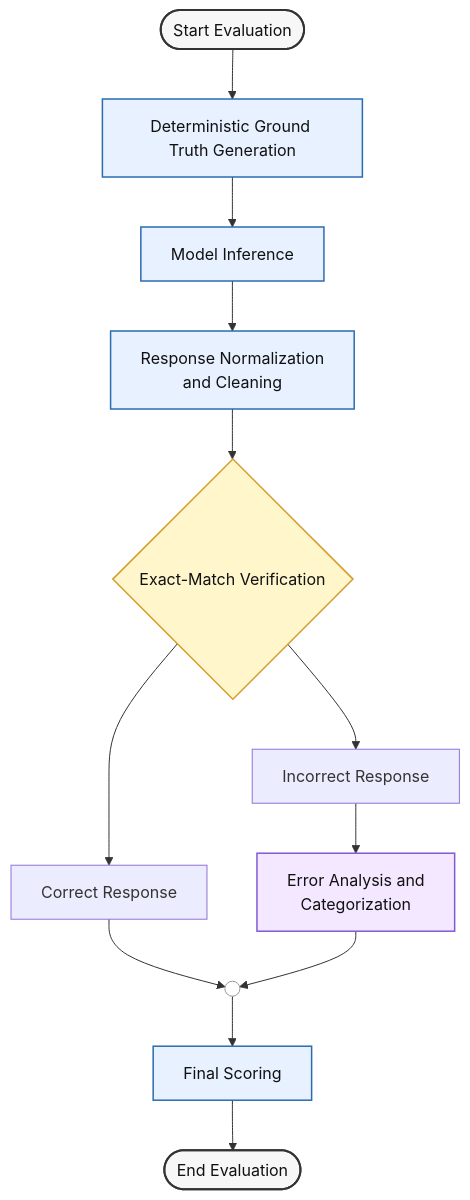
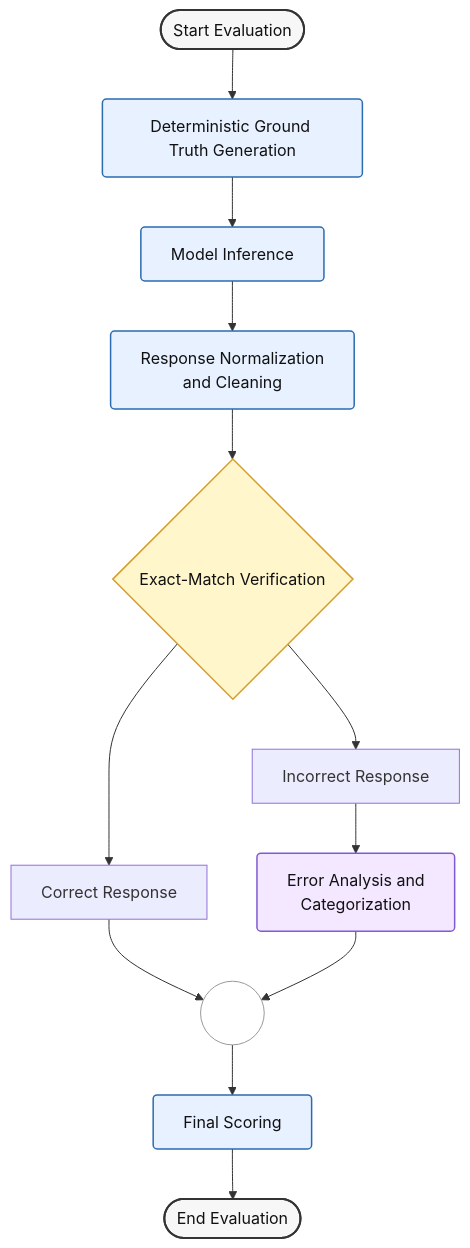
One commit to amitnjha/ChronoGeoCal changed the diagram in pipeline.md. Above: the diagram before and after it, drawn with Mermaid.

````diff
--- a/pipeline.md
+++ b/pipeline.md
@@ -5,29 +5,29 @@
 ```mermaid
 flowchart TB
     A([Start Evaluation]) --> B[Deterministic Ground Truth Generation]
     B --> C[Model Inference]
     C --> D[Response Normalization<br/>and Cleaning]
     D --> E{Exact-Match Verification}
 
     E --> C1[Correct Response]
     E --> I1[Incorrect Response]
 
-    C1 --> M(( ))
+    C1 --> M((Merge))
     I1 --> G[Error Analysis and<br/>Categorization]
     G --> M
 
     M --> F[Final Scoring]
     F --> H([End Evaluation])
 
-    classDef startend fill:#f7f7f7,stroke:#333,stroke-width:2px,color:#111;
-    classDef process fill:#e8f1ff,stroke:#2b6cb0,stroke-width:1.5px,color:#111;
+    classDef startend fill:#f7f7f7,stroke:#333,stroke-width:2px,color:#111,rx:18,ry:18;
+    classDef process fill:#e8f1ff,stroke:#2b6cb0,stroke-width:1.5px,color:#111,rx:4,ry:4;
     classDef decision fill:#fff6cc,stroke:#d69e2e,stroke-width:1.5px,color:#111;
-    classDef analysis fill:#f3e8ff,stroke:#805ad5,stroke-width:1.5px,color:#111;
-    classDef merge fill:#ffffff,stroke:#999,stroke-width:1px,color:#ffffff;
+    classDef analysis fill:#f3e8ff,stroke:#805ad5,stroke-width:1.5px,color:#111,rx:4,ry:4;
+    classDef merge fill:#ffffff,stroke:#999,stroke-width:1px,color:#ffffff,rx:18,ry:18;
 
     class A,H startend;
     class B,C,D,F process;
     class E decision;
     class G analysis;
     class M merge;
 ```
````
